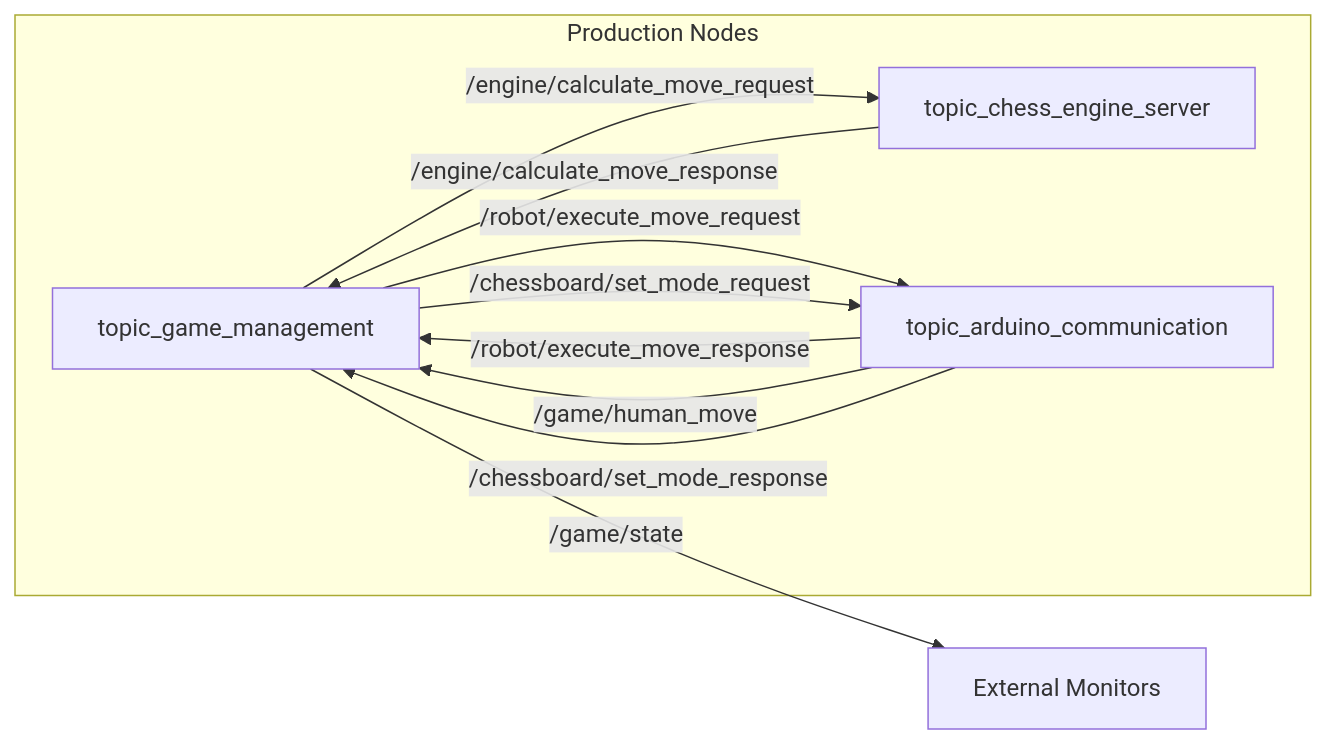
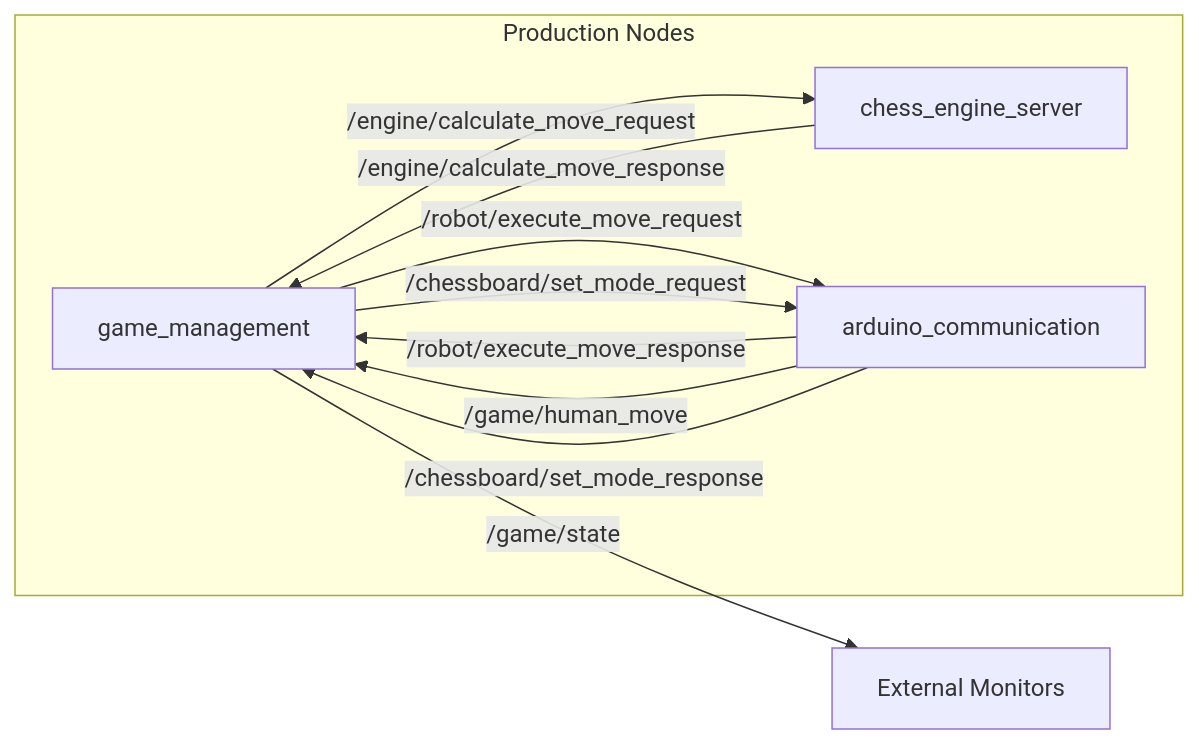
The second of 8 diagrams in README.md (mvipin/chessmate), drawn with Mermaid before and after one commit. The commit also changed other lines of this file and 20 other files, not shown here.

````diff
--- a/README.md
+++ b/README.md
@@ -93,17 +220,17 @@
 ```mermaid
 graph LR
     subgraph "Production Nodes"
-        GM[topic_game_management]
-        CE[topic_chess_engine_server]
-        AC[topic_arduino_communication]
+        GM[game_management]
+        CE[chess_engine_server]
+        AC[arduino_communication]
     end
 
     GM -->|"/engine/calculate_move_request"| CE
     CE -->|"/engine/calculate_move_response"| GM
     GM -->|"/robot/execute_move_request"| AC
     AC -->|"/robot/execute_move_response"| GM
     AC -->|"/game/human_move"| GM
     GM -->|"/chessboard/set_mode_request"| AC
     AC -->|"/chessboard/set_mode_response"| GM
     GM -->|"/game/state"| EXT[External Monitors]
 ```
````
